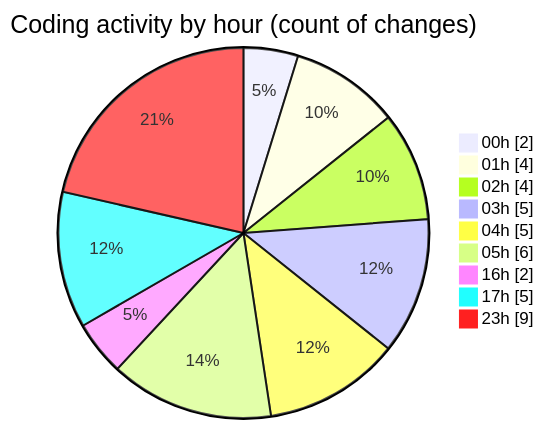
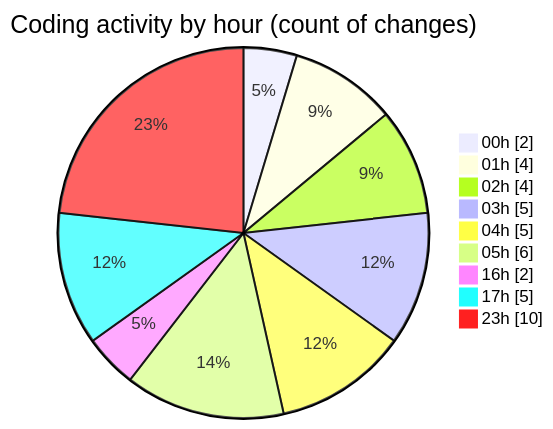
One commit to lephambinh05/code-tracking changed the second of 2 diagrams in 2025-08-08/studybuddy/README.md. Above: the diagram before and after it, drawn with Mermaid. The commit also changed other lines of this file and 1 other file, not shown here.

````diff
--- a/2025-08-08/studybuddy/README.md
+++ b/2025-08-08/studybuddy/README.md
@@ -45,13 +45,13 @@
 ```mermaid
 pie showData
 title Coding activity by hour (count of changes)
 "00h" : 2
 "01h" : 4
 "02h" : 4
 "03h" : 5
 "04h" : 5
 "05h" : 6
 "16h" : 2
 "17h" : 5
-"23h" : 9
+"23h" : 10
 ```
````
